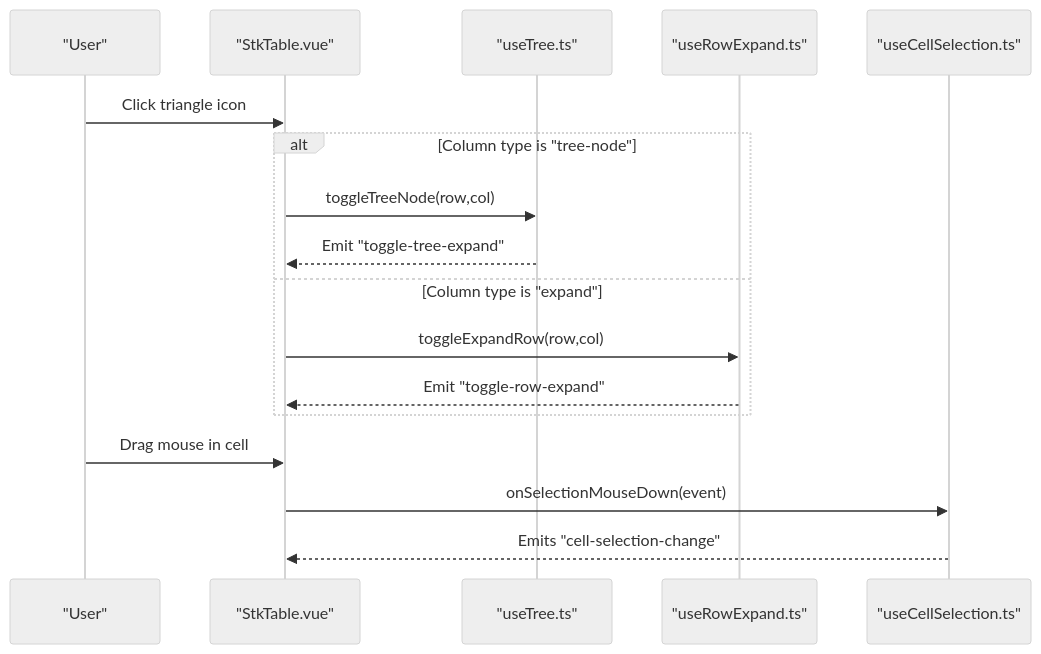
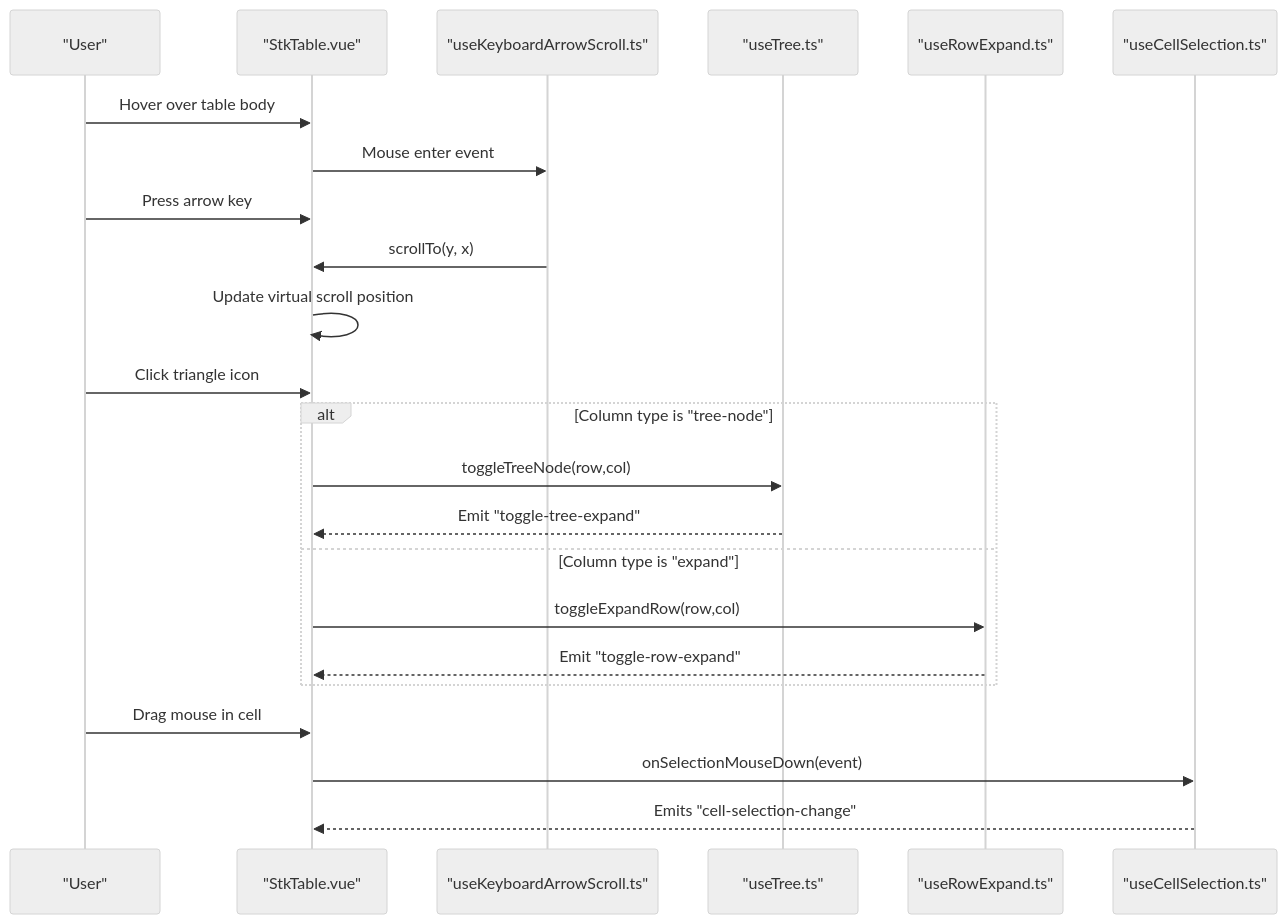
The second of 10 diagrams in .qoder/repowiki/en/content/Basic Features/Interaction Controls.md (ja-plus/stk-table-vue), drawn with Mermaid (neutral theme) before and after one commit. The commit also changed other lines of this file and 3 other files, not shown here.

````diff
--- a/.qoder/repowiki/en/content/Basic Features/Interaction Controls.md
+++ b/.qoder/repowiki/en/content/Basic Features/Interaction Controls.md
@@ -96,19 +112,25 @@
 ```mermaid
 sequenceDiagram
 participant User as "User"
 participant Table as "StkTable.vue"
+participant KAS as "useKeyboardArrowScroll.ts"
 participant Tree as "useTree.ts"
 participant RowExp as "useRowExpand.ts"
 participant CellSel as "useCellSelection.ts"
+User->>Table : Hover over table body
+Table->>KAS : Mouse enter event
+User->>Table : Press arrow key
+KAS->>Table : scrollTo(y, x)
+Table->>Table : Update virtual scroll position
 User->>Table : Click triangle icon
 alt Column type is "tree-node"
 Table->>Tree : toggleTreeNode(row,col)
 Tree-->>Table : Emit "toggle-tree-expand"
 else Column type is "expand"
 Table->>RowExp : toggleExpandRow(row,col)
 RowExp-->>Table : Emit "toggle-row-expand"
 end
 User->>Table : Drag mouse in cell
 Table->>CellSel : onSelectionMouseDown(event)
 CellSel-->>Table : Emits "cell-selection-change"
 ```
````
